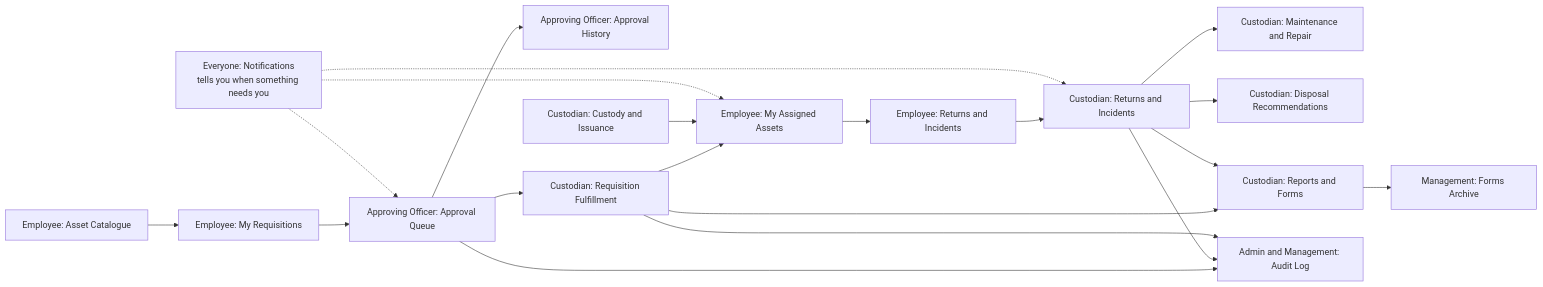
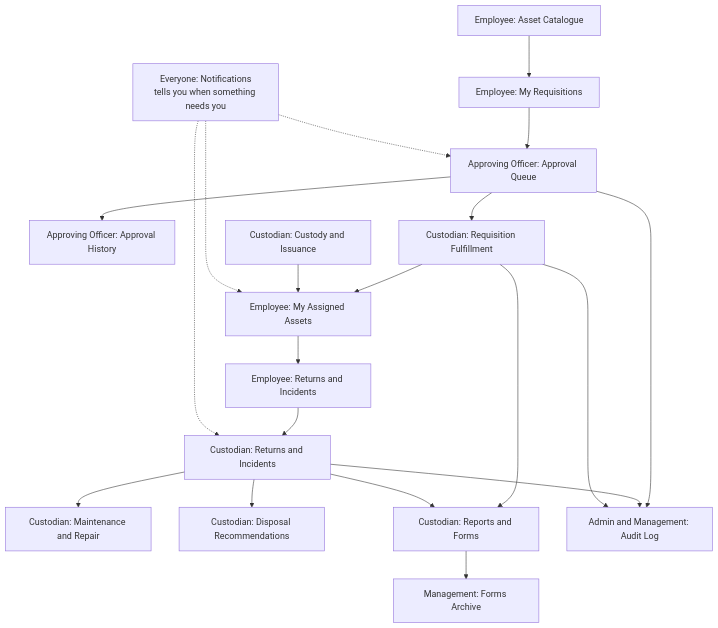
The seventh of 7 diagrams in docs/guides/SYSTEM-FLOW.md (jherome29/ITAM-System), drawn with Mermaid before and after one commit. The commit also changed 1 other file, not shown here.

Commit message:
docs: tester guide intro without the audience note, and the screen-flow diagram top-to-bottom
The diagram was so wide its text printed tiny; running it top to bottom fills a page and reads clearly.

````diff
--- a/docs/guides/SYSTEM-FLOW.md
+++ b/docs/guides/SYSTEM-FLOW.md
@@ -132,22 +132,22 @@
 ```mermaid
-flowchart LR
+flowchart TB
   CAT["Employee: Asset Catalogue"] --> REQ["Employee: My Requisitions"]
   REQ --> QUEUE["Approving Officer: Approval Queue"]
   QUEUE --> HIST["Approving Officer: Approval History"]
   QUEUE --> FULF["Custodian: Requisition Fulfillment"]
   FULF --> MY["Employee: My Assigned Assets"]
   CUS["Custodian: Custody and Issuance"] --> MY
   MY --> RI["Employee: Returns and Incidents"]
   RI --> CRI["Custodian: Returns and Incidents"]
   CRI --> MAINT["Custodian: Maintenance and Repair"]
   CRI --> DISP["Custodian: Disposal Recommendations"]
   FULF --> FORMS["Custodian: Reports and Forms"]
   CRI --> FORMS
   FORMS --> ARCH["Management: Forms Archive"]
   QUEUE --> AUDIT["Admin and Management: Audit Log"]
   CRI --> AUDIT
   FULF --> AUDIT
   NOTE["Everyone: Notifications<br/>tells you when something needs you"] -.-> MY
   NOTE -.-> QUEUE
   NOTE -.-> CRI
 ```
````
